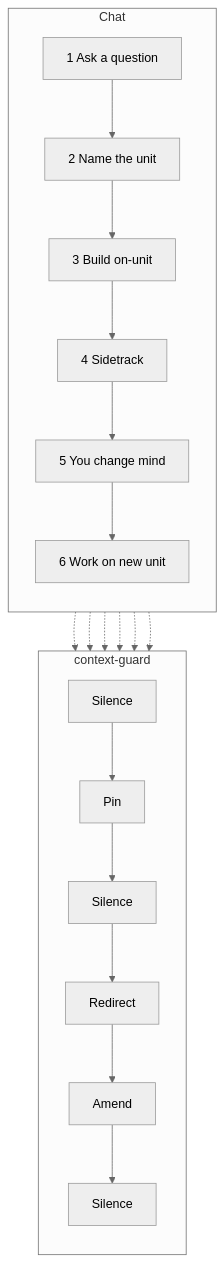
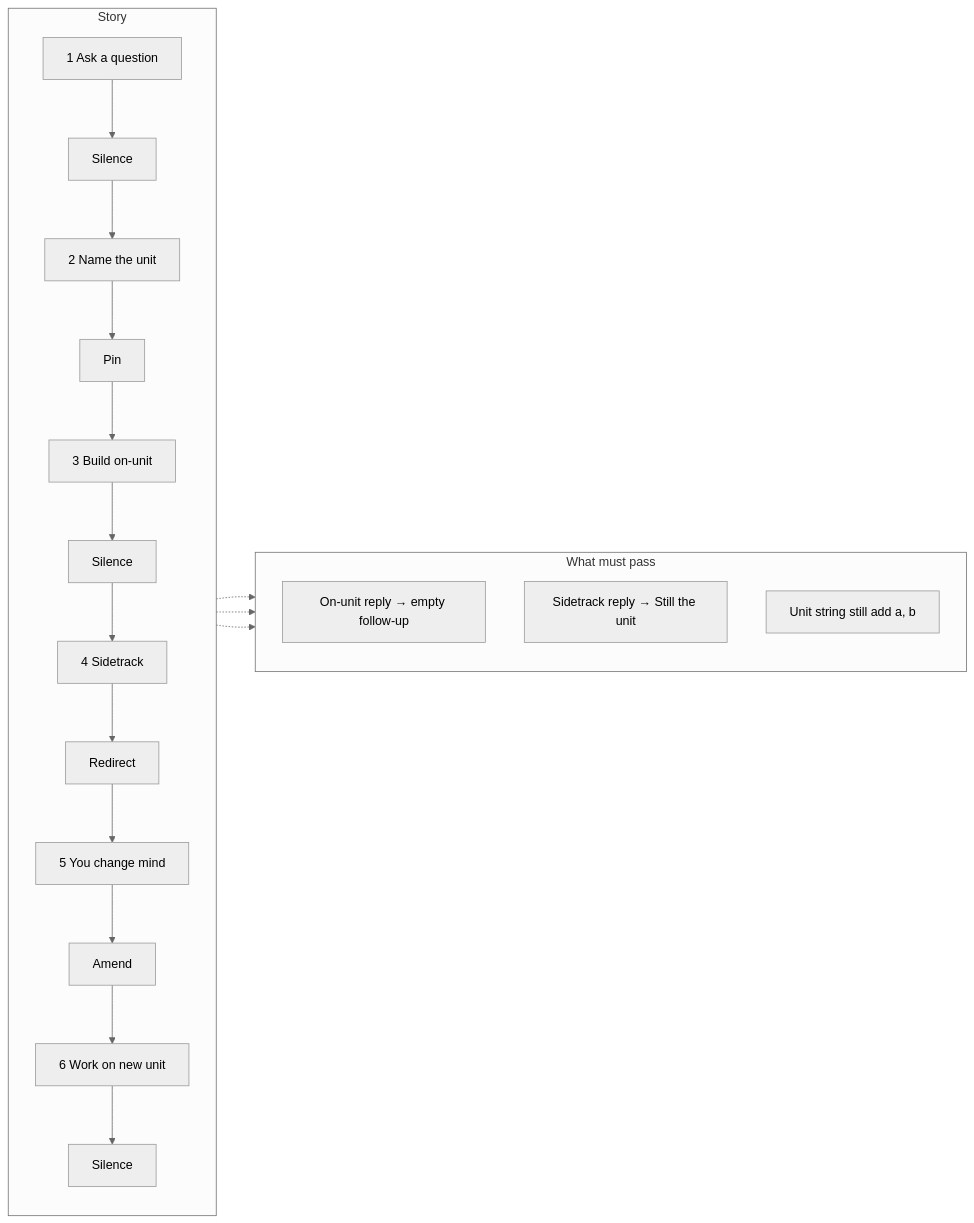
The diagram in README.md (kaijie12/context-rot-guard), drawn with Mermaid (neutral theme) before and after one commit. The commit also changed other lines of this file and 3 other files, not shown here.

````diff
--- a/README.md
+++ b/README.md
@@ -32,29 +32,28 @@
 ```mermaid
-flowchart TB
-  subgraph chat [Chat]
+flowchart LR
+  subgraph pass [What must pass]
     direction TB
-    c1[1 Ask a question]
-    c2[2 Name the unit]
-    c3[3 Build on-unit]
-    c4[4 Sidetrack]
-    c5[5 You change mind]
-    c6[6 Work on new unit]
-    c1 --> c2 --> c3 --> c4 --> c5 --> c6
+    P1[On-unit reply → empty follow-up]
+    P2[Sidetrack reply → Still the unit]
+    P3[Unit string still add a, b]
   end
-  subgraph guard [context-guard]
+
+  subgraph flow [Story]
     direction TB
-    g1[Silence]
-    g2[Pin]
-    g3[Silence]
-    g4[Redirect]
-    g5[Amend]
-    g6[Silence]
-    g1 --> g2 --> g3 --> g4 --> g5 --> g6
+    c1[1 Ask a question] --> g1[Silence]
+    c2[2 Name the unit] --> g2[Pin]
+    c3[3 Build on-unit] --> g3[Silence]
+    c4[4 Sidetrack] --> g4[Redirect]
+    c5[5 You change mind] --> g5[Amend]
+    c6[6 Work on new unit] --> g6[Silence]
+    g1 --> c2
+    g2 --> c3
+    g3 --> c4
+    g4 --> c5
+    g5 --> c6
   end
-  c1 -.-> g1
-  c2 -.-> g2
-  c3 -.-> g3
-  c4 -.-> g4
-  c5 -.-> g5
-  c6 -.-> g6
+
+  c3 -.-> P1
+  c4 -.-> P2
+  c4 -.-> P3
 ```
````
